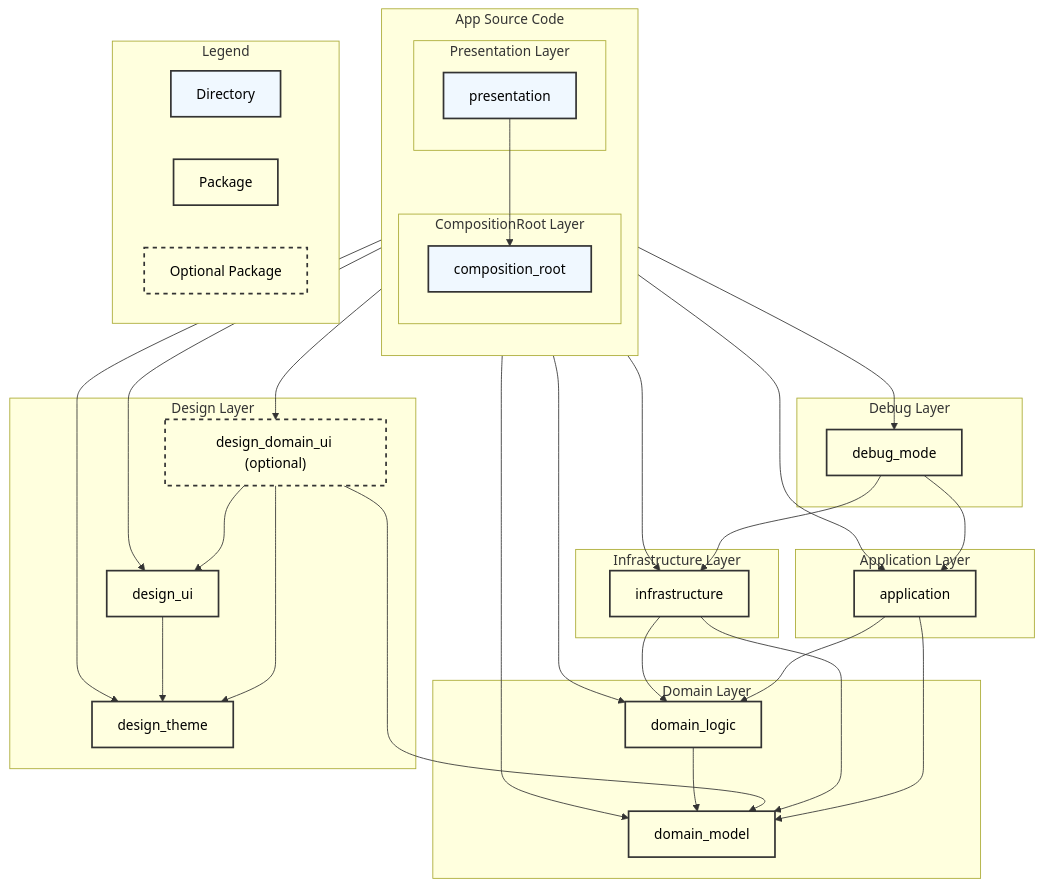
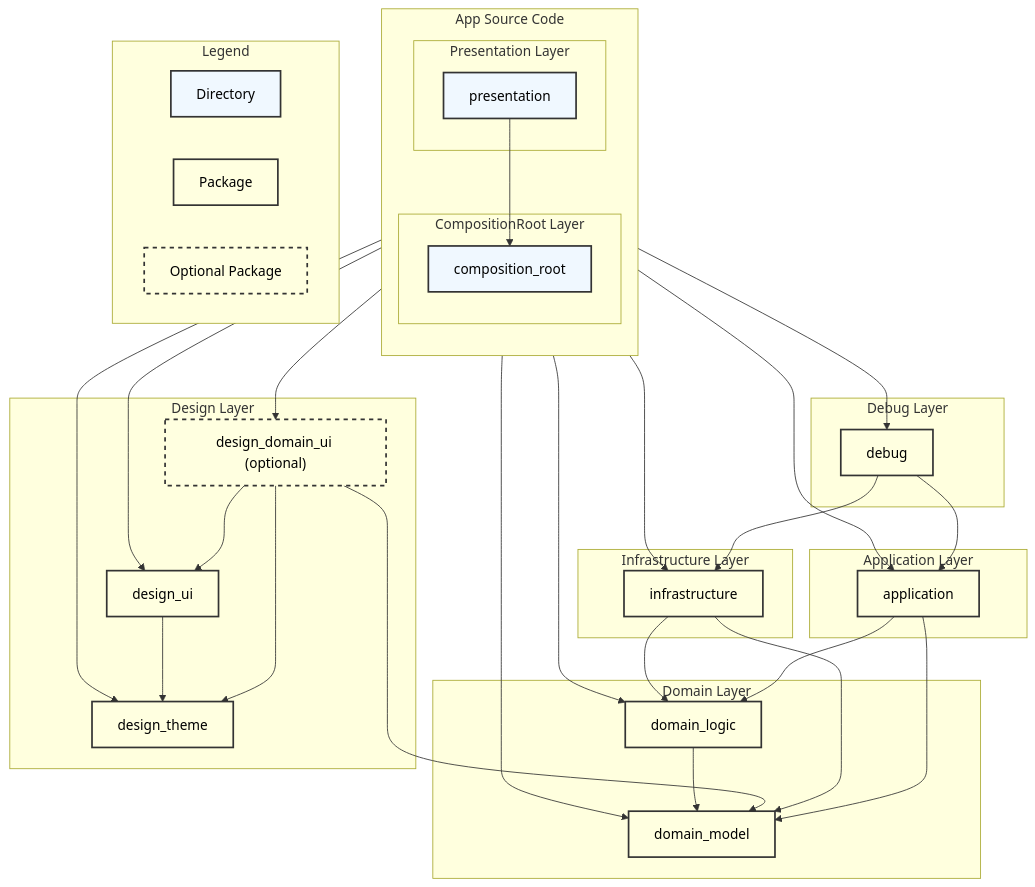
Before and after one commit to yumemi-inc/flutter-mobile-project-template: the diagram in docs/ARCHITECTURE.md, drawn with Mermaid. The commit also changed other lines of this file and 17 other files, not shown here.

Commit message:
style: rename debug_mode -> debug

```diff
--- a/docs/ARCHITECTURE.md
+++ b/docs/ARCHITECTURE.md
@@ -87,8 +87,8 @@
 
   %% Debug Layer
   subgraph "Debug Layer"
-    debug_mode[debug_mode]
-    class debug_mode package
+    debug[debug]
+    class debug package
   end
 
   %% Dependencies
@@ -117,9 +117,9 @@
   domain_logic --> domain_model
 
   %% Debug Layer Dependencies
-  debug_mode --> infrastructure_pkg
-  debug_mode --> application_pkg
-  presentation --> debug_mode
+  debug --> infrastructure_pkg
+  debug --> application_pkg
+  presentation --> debug
 
   %% Legend
   subgraph "Legend"
```
